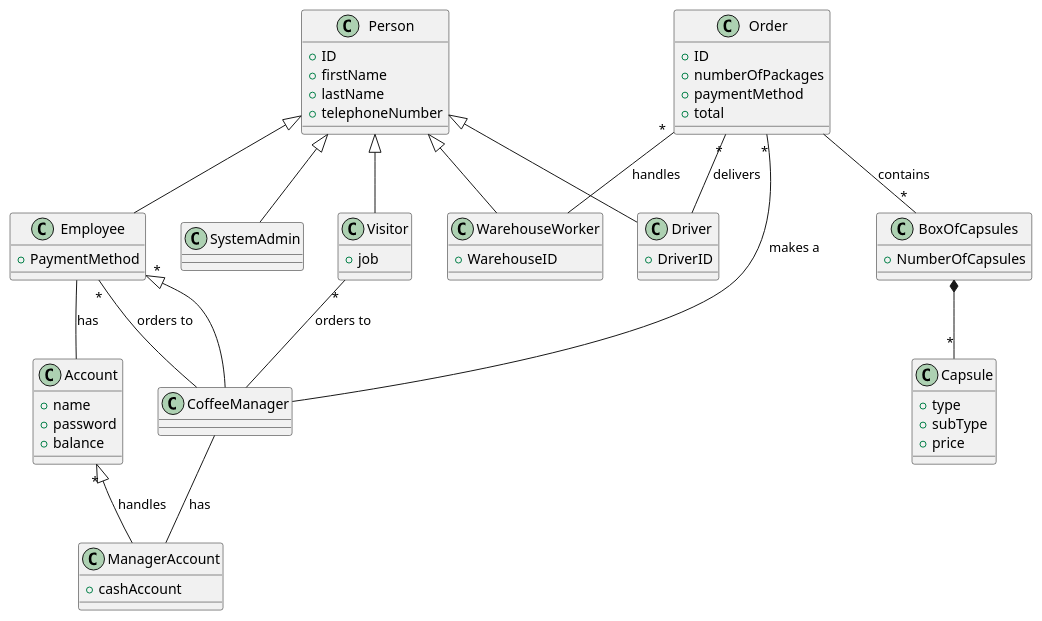
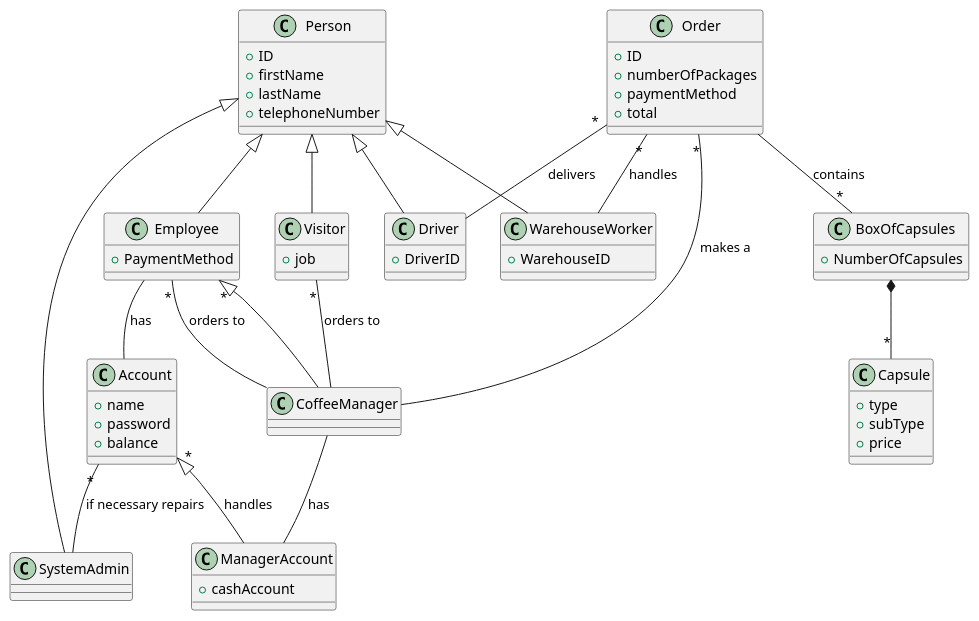
The third of 4 diagrams in templates/RequirementsTemplate.md (salvatore-dimartino/LaTazza), drawn with PlantUML before and after one commit.

```diff
--- a/templates/RequirementsTemplate.md
+++ b/templates/RequirementsTemplate.md
@@ -564,6 +564,7 @@
     
 }
 
+Account "*" -- SystemAdmin :if necessary repairs
 Order "*" -- WarehouseWorker :handles
 Order "*" -- Driver :delivers
 Person <|-- Employee
```
